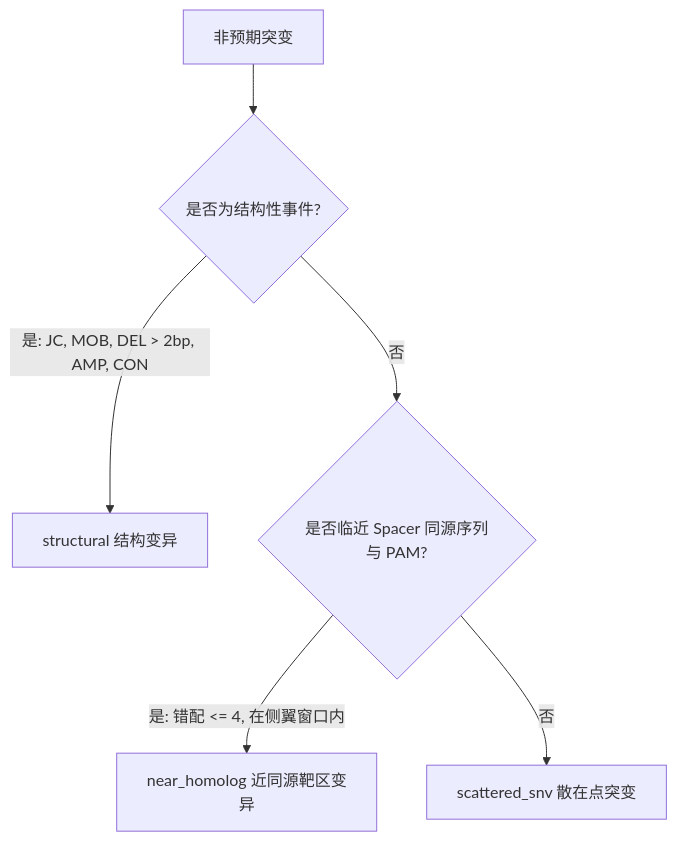
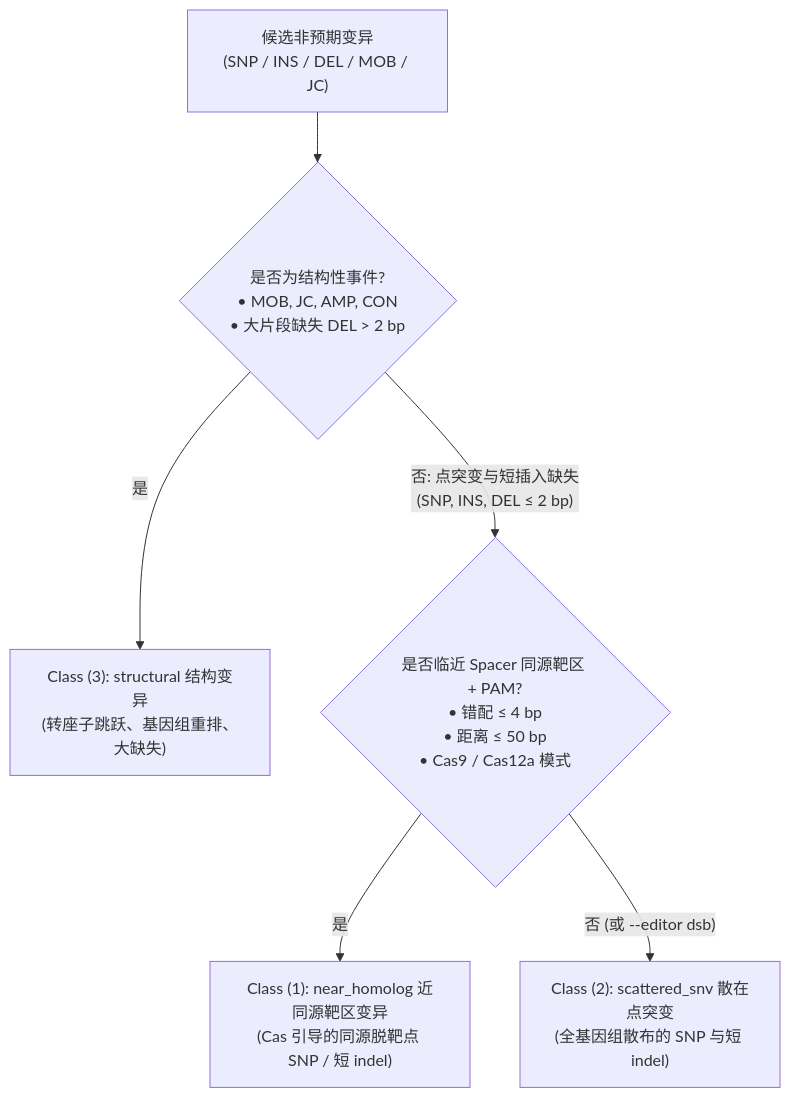
One commit to Caizhaohui/ProkaDiff changed the diagram in README.zh.md. Above: the diagram before and after it, drawn with Mermaid. The commit also changed other lines of this file and 1 other file, not shown here.

Commit message:
docs: clarify mutation typing (SNP/indels) vs classification logic in README

````diff
--- a/README.zh.md
+++ b/README.zh.md
@@ -204,8 +223,8 @@
 ```mermaid
 graph TD
-    A[非预期突变] --> B{是否为结构性事件?}
-    B -- 是: JC, MOB, DEL > 2bp, AMP, CON --> C[structural 结构变异]
-    B -- 否 --> D{是否临近 Spacer 同源序列与 PAM?}
-    D -- 是: 错配 <= 4, 在侧翼窗口内 --> E[near_homolog 近同源靶区变异]
-    D -- 否 --> F[scattered_snv 散在点突变]
+    A["候选非预期变异<br/>(SNP / INS / DEL / MOB / JC)"] --> B{"是否为结构性事件?<br/>• MOB, JC, AMP, CON<br/>• 大片段缺失 DEL > 2 bp"}
+    B -- "是" --> C["Class (3): structural 结构变异<br/>(转座子跳跃、基因组重排、大缺失)"]
+    B -- "否: 点突变与短插入缺失<br/>(SNP, INS, DEL ≤ 2 bp)" --> D{"是否临近 Spacer 同源靶区 + PAM?<br/>• 错配 ≤ 4 bp<br/>• 距离 ≤ 50 bp<br/>• Cas9 / Cas12a 模式"}
+    D -- "是" --> E["Class (1): near_homolog 近同源靶区变异<br/>(Cas 引导的同源脱靶点 SNP / 短 indel)"]
+    D -- "否 (或 --editor dsb)" --> F["Class (2): scattered_snv 散在点突变<br/>(全基因组散布的 SNP 与短 indel)"]
 ```
````
